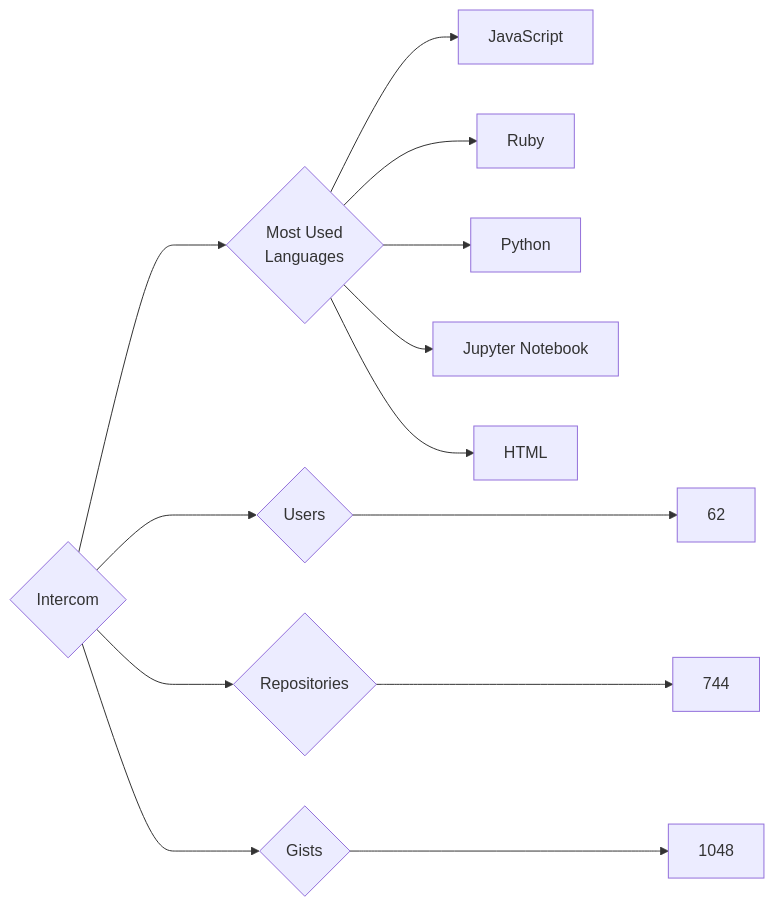
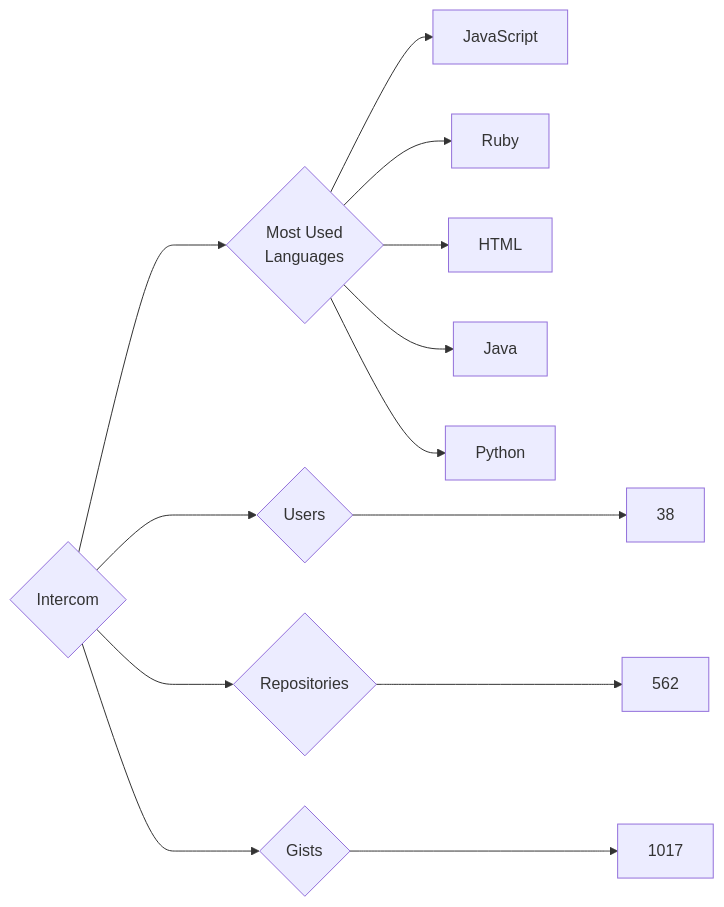
The diagram in targets/Intercom/README.md (trickest/insiders), drawn with Mermaid before and after one commit. The commit also changed 721 other files, not shown here.

````diff
--- a/targets/Intercom/README.md
+++ b/targets/Intercom/README.md
@@ -3,13 +3,13 @@
 ```mermaid
 graph LR
 COMPANY_NAME{Intercom}
-COMPANY_NAME ---> U{Users} ---> UN[62]
-COMPANY_NAME ---> R{Repositories} ---> RN[744]
-COMPANY_NAME ---> G{Gists} ---> GN[1048]
+COMPANY_NAME ---> U{Users} ---> UN[38]
+COMPANY_NAME ---> R{Repositories} ---> RN[562]
+COMPANY_NAME ---> G{Gists} ---> GN[1017]
 COMPANY_NAME ---> ML{Most Used<br>Languages}
 ML --> JavaScript[JavaScript]
 ML --> Ruby[Ruby]
+ML --> HTML[HTML]
+ML --> Java[Java]
 ML --> Python[Python]
-ML --> Jupyter_Notebook[Jupyter Notebook]
-ML --> HTML[HTML]
 ```
````
